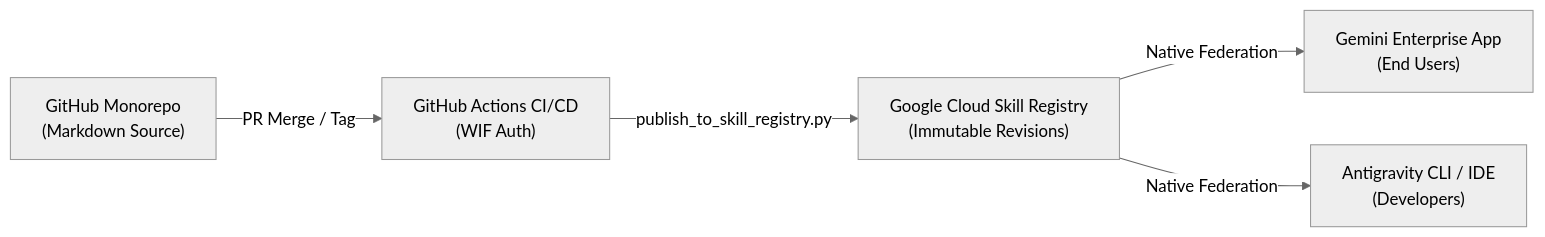
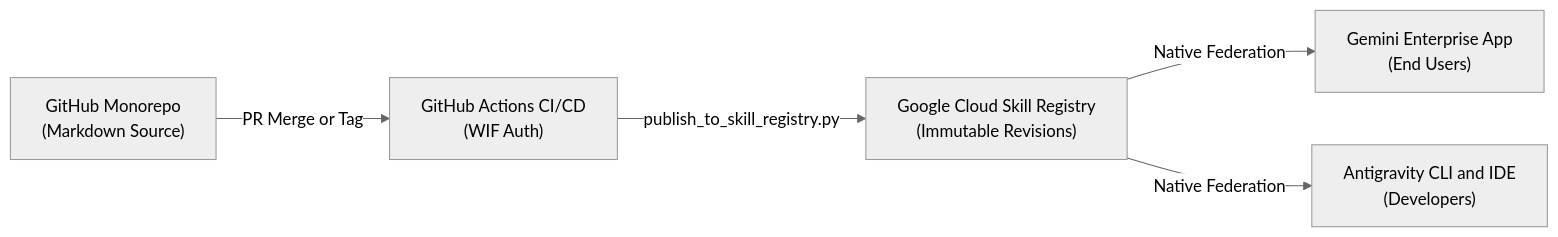
The diagram in DEPLOYMENT_AND_GOVERNANCE.md (markattwood12/gemini-enterprise-skills), drawn with Mermaid (neutral theme) before and after one commit. The commit also changed other lines of this file and 10 other files, not shown here.

````diff
--- a/DEPLOYMENT_AND_GOVERNANCE.md
+++ b/DEPLOYMENT_AND_GOVERNANCE.md
@@ -112,7 +121,7 @@
 ```mermaid
 flowchart LR
-    A["GitHub Monorepo<br/>(Markdown Source)"] -->|PR Merge / Tag| B["GitHub Actions CI/CD<br/>(WIF Auth)"]
+    A["GitHub Monorepo<br/>(Markdown Source)"] -->|PR Merge or Tag| B["GitHub Actions CI/CD<br/>(WIF Auth)"]
     B -->|publish_to_skill_registry.py| C["Google Cloud Skill Registry<br/>(Immutable Revisions)"]
     C -->|Native Federation| D["Gemini Enterprise App<br/>(End Users)"]
-    C -->|Native Federation| E["Antigravity CLI / IDE<br/>(Developers)"]
+    C -->|Native Federation| E["Antigravity CLI and IDE<br/>(Developers)"]
 ```
````
